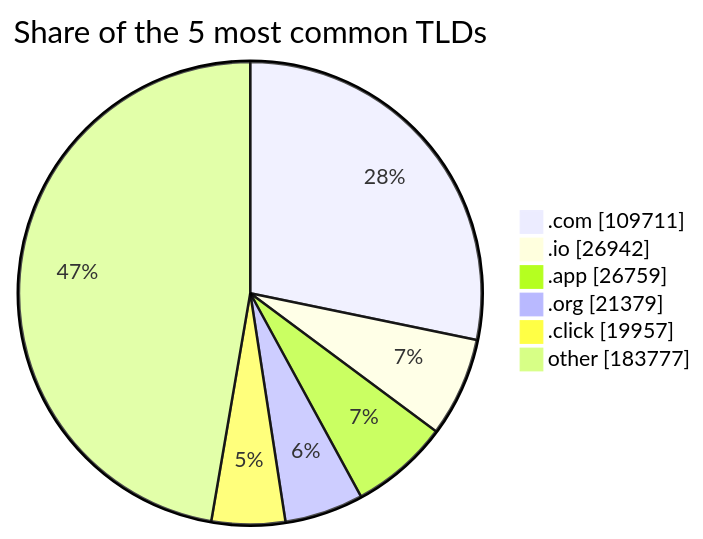
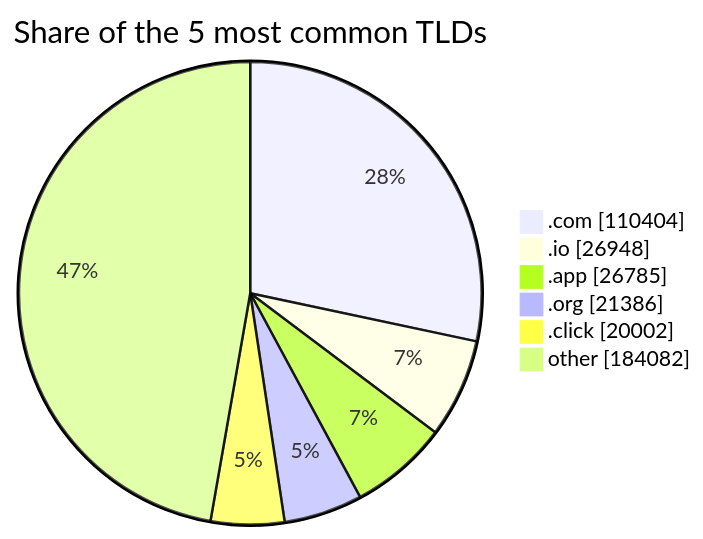
The third of 3 diagrams in README.md (DNSBunker/CTI), drawn with Mermaid before and after one commit. The commit also changed other lines of this file and 3 other files, not shown here.

````diff
--- a/README.md
+++ b/README.md
@@ -81,9 +81,9 @@
 ```mermaid
 pie showData title Share of the 5 most common TLDs
-    ".com" : 109711
-    ".io" : 26942
-    ".app" : 26759
-    ".org" : 21379
-    ".click" : 19957
-    "other" : 183777
+    ".com" : 110404
+    ".io" : 26948
+    ".app" : 26785
+    ".org" : 21386
+    ".click" : 20002
+    "other" : 184082
 ```
````
